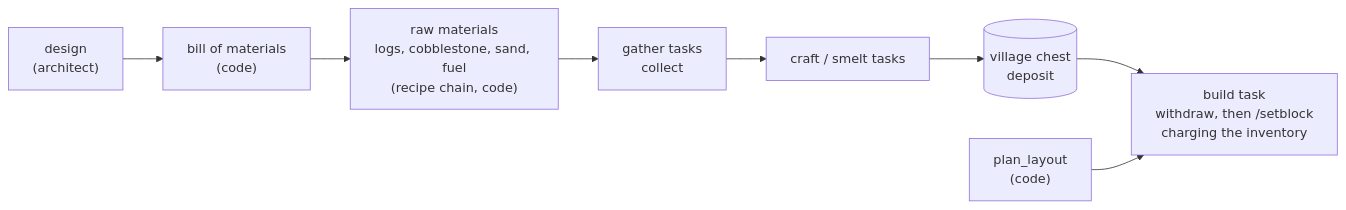
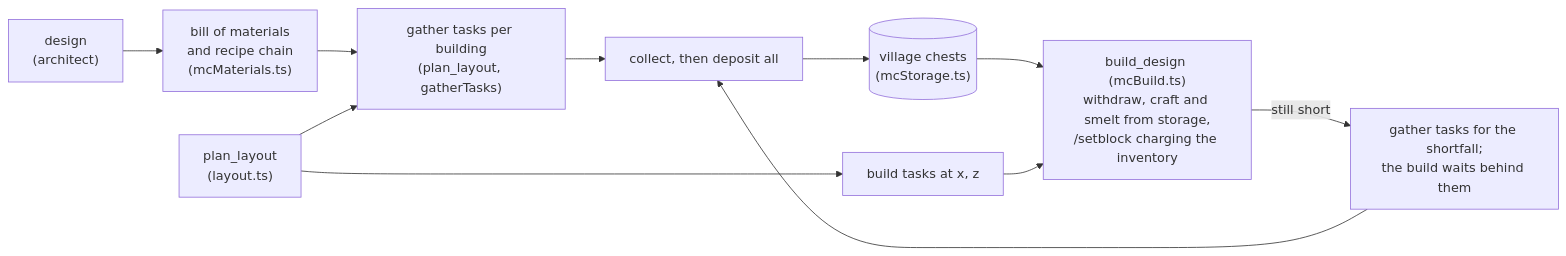
Diagram 12 of 12 in docs/ARCHITECTURE.md (delphium226/MCAISandbox), drawn with Mermaid before and after one commit. The commit also changed other lines of this file and 1 other file, not shown here.

First line of the commit message:
README and architecture: how the agents work, in detail

````diff
--- a/docs/ARCHITECTURE.md
+++ b/docs/ARCHITECTURE.md
@@ -392,10 +418,13 @@
 ```mermaid
 flowchart LR
-  design["design<br/>(architect)"] --> bom["bill of materials<br/>(code)"]
-  bom --> raw["raw materials<br/>logs, cobblestone, sand, fuel<br/>(recipe chain, code)"]
-  raw --> gather["gather tasks<br/>collect"]
-  gather --> craft["craft / smelt tasks"]
-  craft --> storage[("village chest<br/>deposit")]
-  storage --> build["build task<br/>withdraw, then /setblock<br/>charging the inventory"]
-  layout["plan_layout<br/>(code)"] --> build
+  design["design<br/>(architect)"] --> bom["bill of materials<br/>and recipe chain<br/>(mcMaterials.ts)"]
+  bom --> tasks["gather tasks per building<br/>(plan_layout, gatherTasks)"]
+  layout["plan_layout<br/>(layout.ts)"] --> tasks
+  layout --> buildtask["build tasks at x, z"]
+  tasks --> collect["collect, then deposit all"]
+  collect --> storage[("village chests<br/>(mcStorage.ts)")]
+  storage --> build["build_design (mcBuild.ts)<br/>withdraw, craft and smelt from storage,<br/>/setblock charging the inventory"]
+  buildtask --> build
+  build -- "still short" --> requeue["gather tasks for the shortfall;<br/>the build waits behind them"]
+  requeue --> collect
 ```
````
